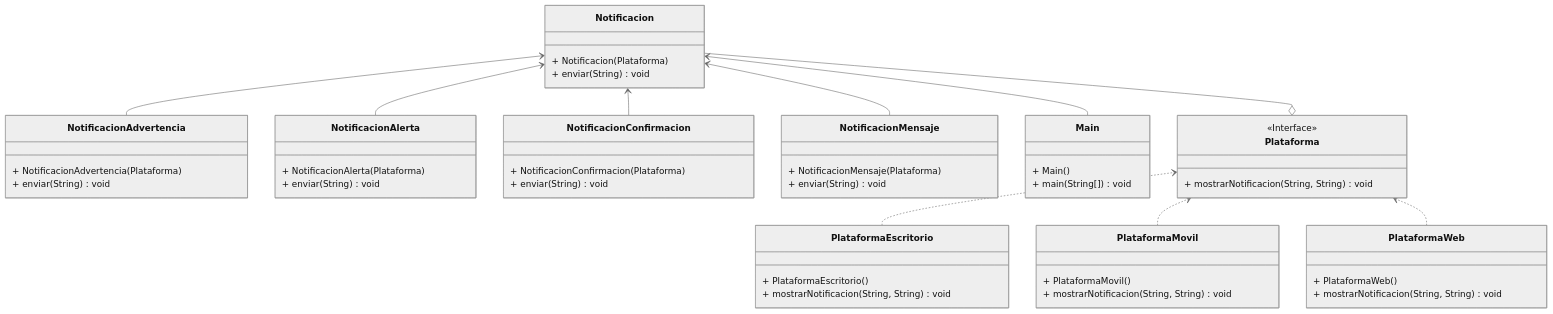
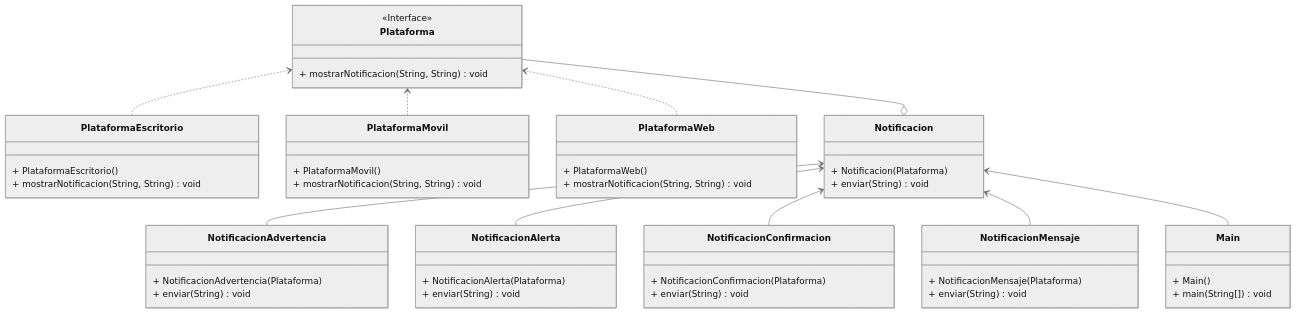
The diagram in escenario2/DiagrmaClases.md (earamirez190/unisabana-maestria-arq-sw1-act1), drawn with Mermaid (neutral theme) before and after one commit.

Commit message:
Escenario 2 ajuste Diagrama clases

````diff
--- a/escenario2/DiagrmaClases.md
+++ b/escenario2/DiagrmaClases.md
@@ -3,58 +3,58 @@
 ```mermaid
 
 
 
 classDiagram
 direction BT
 class Main {
   + Main() 
   + main(String[]) void
 }
 class Notificacion {
   + Notificacion(Plataforma) 
   + enviar(String) void
 }
 class NotificacionAdvertencia {
   + NotificacionAdvertencia(Plataforma) 
   + enviar(String) void
 }
 class NotificacionAlerta {
   + NotificacionAlerta(Plataforma) 
   + enviar(String) void
 }
 class NotificacionConfirmacion {
   + NotificacionConfirmacion(Plataforma) 
   + enviar(String) void
 }
 class NotificacionMensaje {
   + NotificacionMensaje(Plataforma) 
   + enviar(String) void
 }
 class Plataforma {
 <<Interface>>
   + mostrarNotificacion(String, String) void
 }
 class PlataformaEscritorio {
   + PlataformaEscritorio() 
   + mostrarNotificacion(String, String) void
 }
 class PlataformaMovil {
   + PlataformaMovil() 
   + mostrarNotificacion(String, String) void
 }
 class PlataformaWeb {
   + PlataformaWeb() 
   + mostrarNotificacion(String, String) void
 }
 
 NotificacionAdvertencia  -->  Notificacion 
 NotificacionAlerta  -->  Notificacion 
 NotificacionConfirmacion  -->  Notificacion 
 NotificacionMensaje  -->  Notificacion 
 PlataformaEscritorio  ..>  Plataforma 
 PlataformaMovil  ..>  Plataforma 
 PlataformaWeb  ..>  Plataforma 
 Main --> Notificacion   
-Plataforma o-- Notificacion
+Notificacion o-- Plataforma  
 
 ```
````
